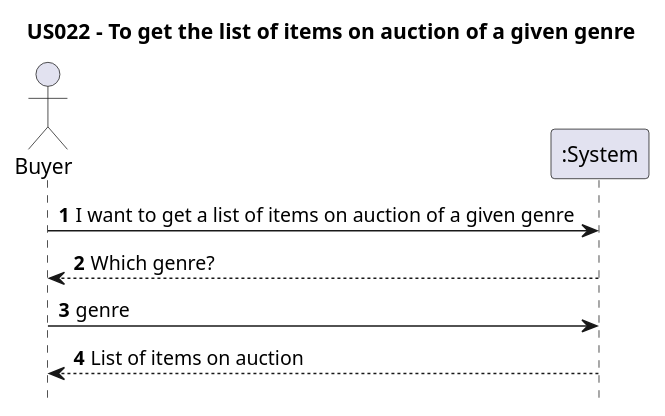
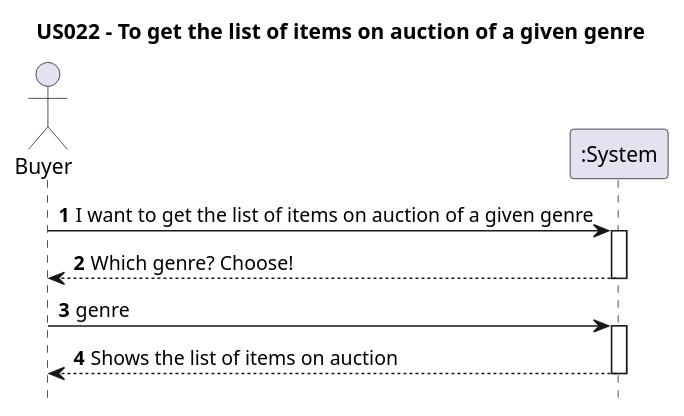
Before and after one commit to AndrePereiraGitH/SWitCH-Project-Team_A: the diagram in Diagrams/SequenceDiagrams/N1/US022-to-get-the-list-of-items-on-auction-of-a-given-genre.puml, drawn with PlantUML. The commit also changed 5 other files, not shown here.

```diff
--- a/Diagrams/SequenceDiagrams/N1/US022-to-get-the-list-of-items-on-auction-of-a-given-genre.puml
+++ b/Diagrams/SequenceDiagrams/N1/US022-to-get-the-list-of-items-on-auction-of-a-given-genre.puml
@@ -1,15 +1,19 @@
 @startuml
 
 hide footbox
 autonumber
 title US022 - To get the list of items on auction of a given genre
 
 actor Buyer
 participant ":System" as System
 
-Buyer -> System : I want to get a list of items on auction of a given genre
-Buyer <-- System : Which genre?
+Buyer -> System : I want to get the list of items on auction of a given genre
+activate System
+Buyer <-- System : Which genre? Choose!
+deactivate System
 Buyer -> System : genre
-System --> Buyer : List of items on auction
+activate System
+System --> Buyer : Shows the list of items on auction
+deactivate System
 
 @enduml
```
